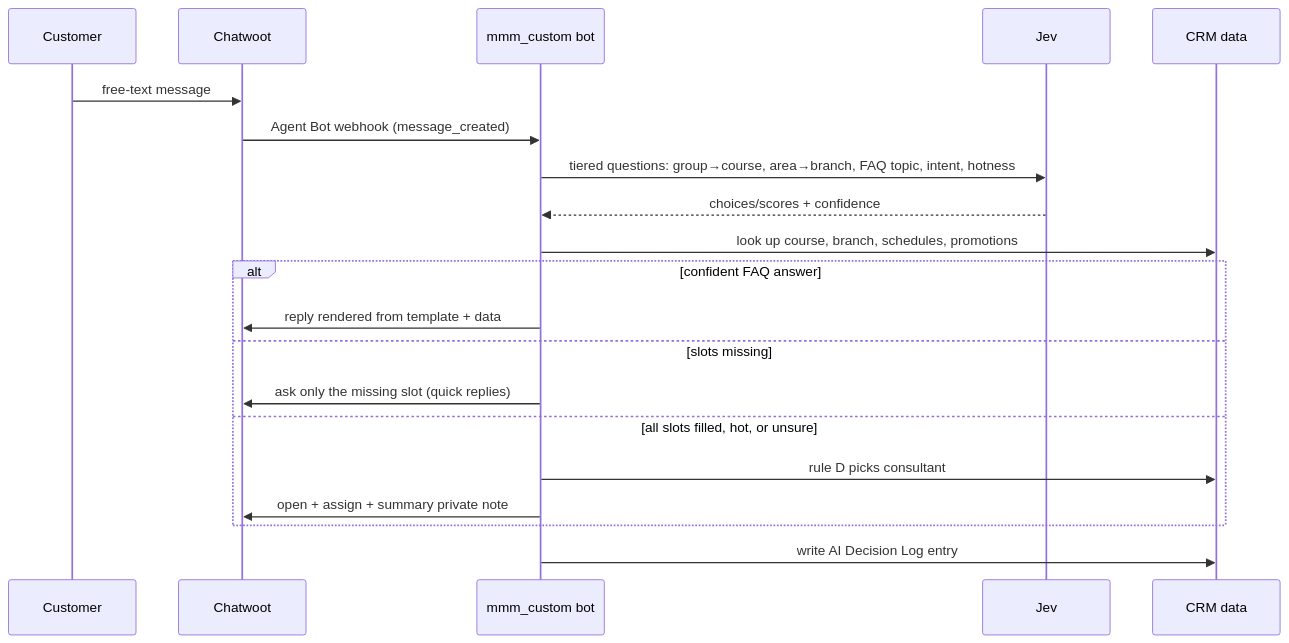
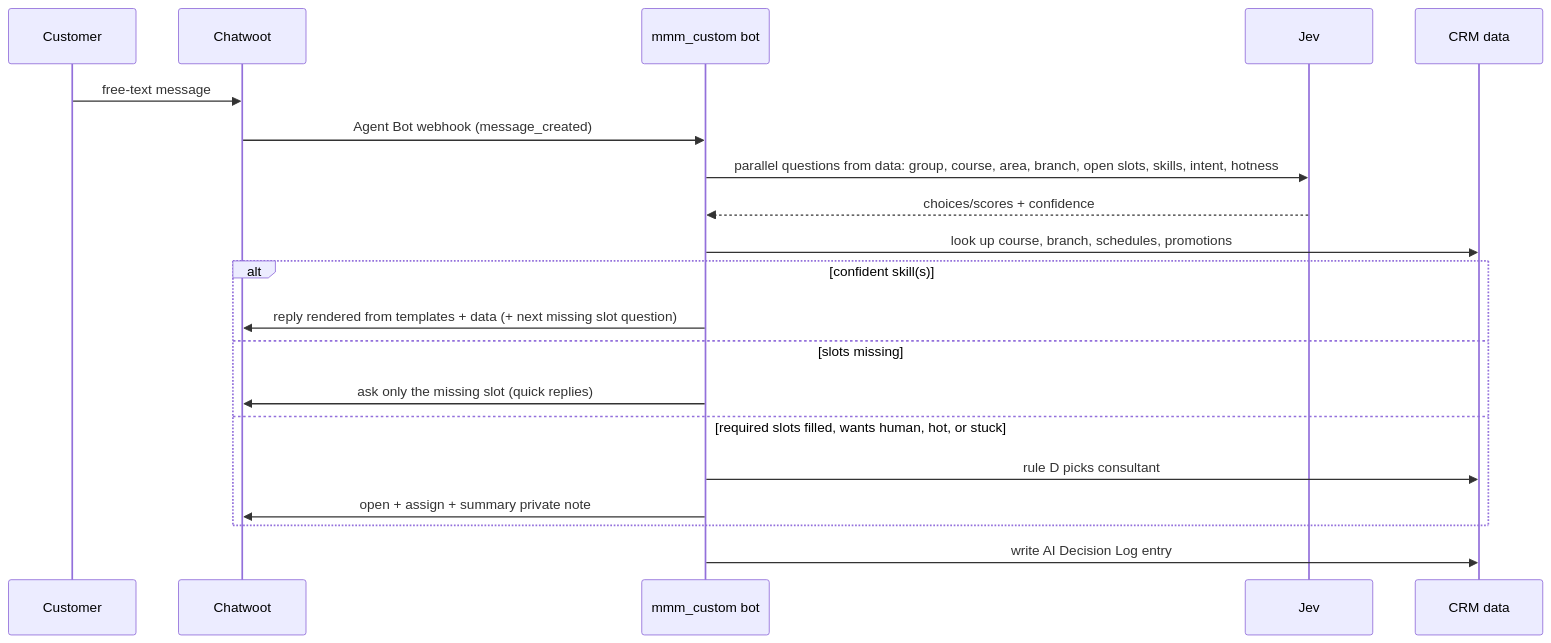
Before and after one commit to giabuh/dx-osd: the second of 4 diagrams in docs/superpowers/specs/2026-09-26-edu-lead-engine-design.md, drawn with Mermaid. The commit also changed other lines of this file and 3 other files, not shown here.

````diff
--- a/docs/superpowers/specs/2026-09-26-edu-lead-engine-design.md
+++ b/docs/superpowers/specs/2026-09-26-edu-lead-engine-design.md
@@ -83,22 +83,22 @@
 ```mermaid
 sequenceDiagram
     participant K as Customer
     participant CW as Chatwoot
     participant B as mmm_custom bot
     participant J as Jev
     participant D as CRM data
     K->>CW: free-text message
     CW->>B: Agent Bot webhook (message_created)
-    B->>J: tiered questions: group→course, area→branch, FAQ topic, intent, hotness
+    B->>J: parallel questions from data: group, course, area, branch, open slots, skills, intent, hotness
     J-->>B: choices/scores + confidence
     B->>D: look up course, branch, schedules, promotions
-    alt confident FAQ answer
-        B->>CW: reply rendered from template + data
+    alt confident skill(s)
+        B->>CW: reply rendered from templates + data (+ next missing slot question)
     else slots missing
         B->>CW: ask only the missing slot (quick replies)
-    else all slots filled, hot, or unsure
+    else required slots filled, wants human, hot, or stuck
         B->>D: rule D picks consultant
         B->>CW: open + assign + summary private note
     end
     B->>D: write AI Decision Log entry
 ```
````
